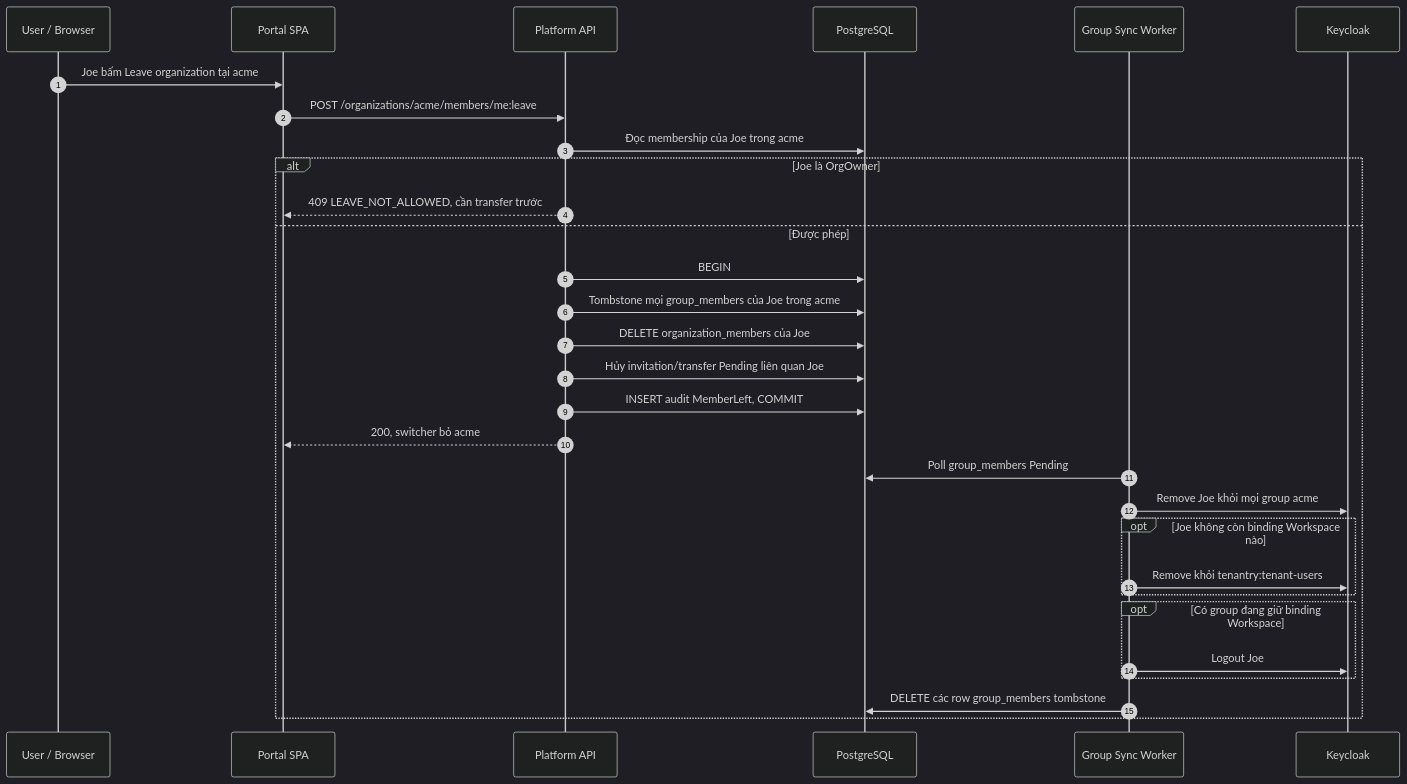
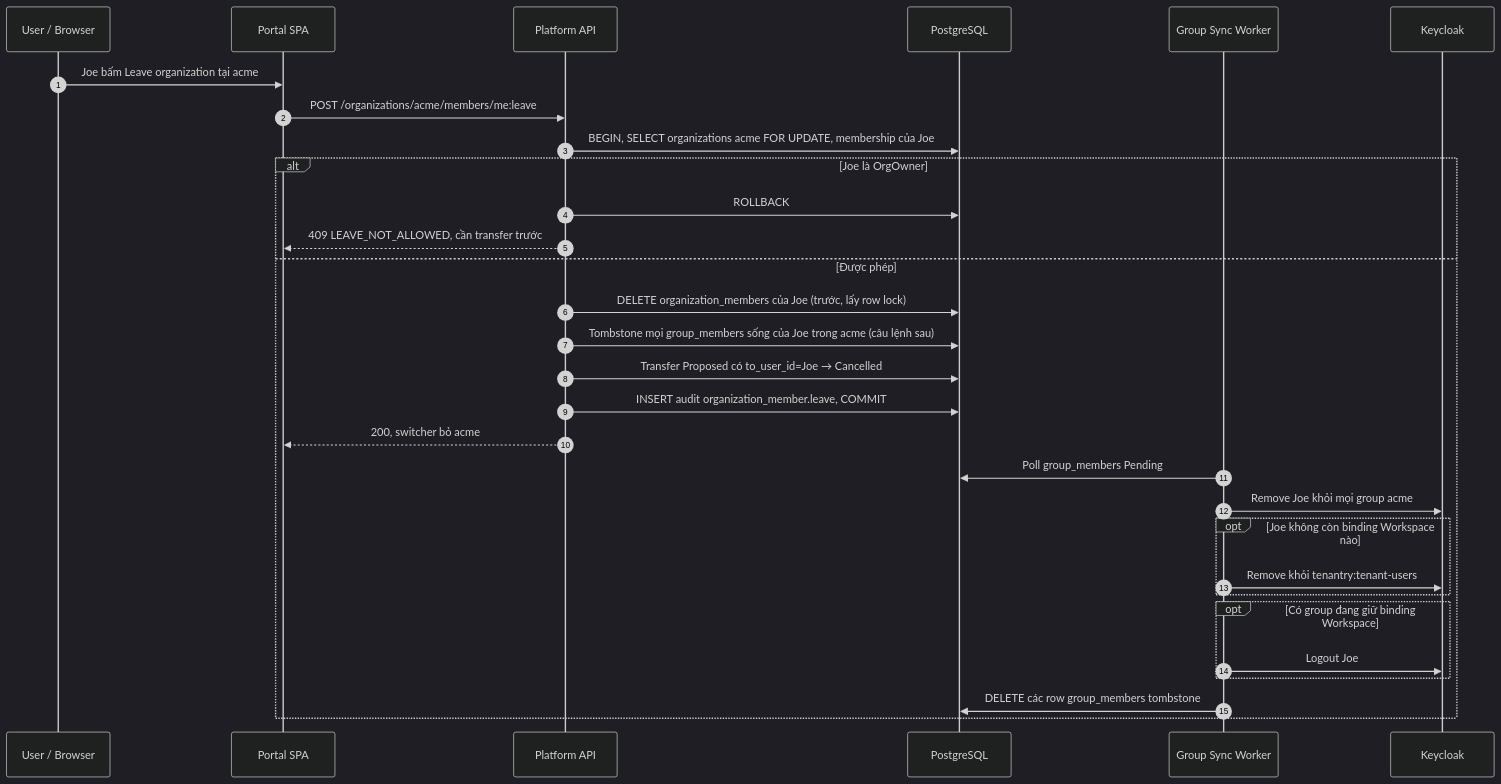
One commit to thaihoc1310/tenantry changed diagram 16 of 19 in docs/architecture/03-flows.md. Above: the diagram before and after it, drawn with Mermaid (dark theme). The commit also changed other lines of this file and 14 other files, not shown here.

````diff
--- a/docs/architecture/03-flows.md
+++ b/docs/architecture/03-flows.md
@@ -942,33 +1019,33 @@
 ```mermaid
 sequenceDiagram
   autonumber
   participant U as User / Browser
   participant SPA as Portal SPA
   participant API as Platform API
   participant DB as PostgreSQL
   participant GS as Group Sync Worker
   participant KC as Keycloak
 
   U->>SPA: Joe bấm Leave organization tại acme
   SPA->>API: POST /organizations/acme/members/me:leave
-  API->>DB: Đọc membership của Joe trong acme
+  API->>DB: BEGIN, SELECT organizations acme FOR UPDATE, membership của Joe
   alt Joe là OrgOwner
+    API->>DB: ROLLBACK
     API-->>SPA: 409 LEAVE_NOT_ALLOWED, cần transfer trước
   else Được phép
-    API->>DB: BEGIN
-    API->>DB: Tombstone mọi group_members của Joe trong acme
-    API->>DB: DELETE organization_members của Joe
-    API->>DB: Hủy invitation/transfer Pending liên quan Joe
-    API->>DB: INSERT audit MemberLeft, COMMIT
+    API->>DB: DELETE organization_members của Joe (trước, lấy row lock)
+    API->>DB: Tombstone mọi group_members sống của Joe trong acme (câu lệnh sau)
+    API->>DB: Transfer Proposed có to_user_id=Joe → Cancelled
+    API->>DB: INSERT audit organization_member.leave, COMMIT
     API-->>SPA: 200, switcher bỏ acme
     GS->>DB: Poll group_members Pending
     GS->>KC: Remove Joe khỏi mọi group acme
     opt Joe không còn binding Workspace nào
       GS->>KC: Remove khỏi tenantry:tenant-users
     end
     opt Có group đang giữ binding Workspace
       GS->>KC: Logout Joe
     end
     GS->>DB: DELETE các row group_members tombstone
   end
 ```
````
